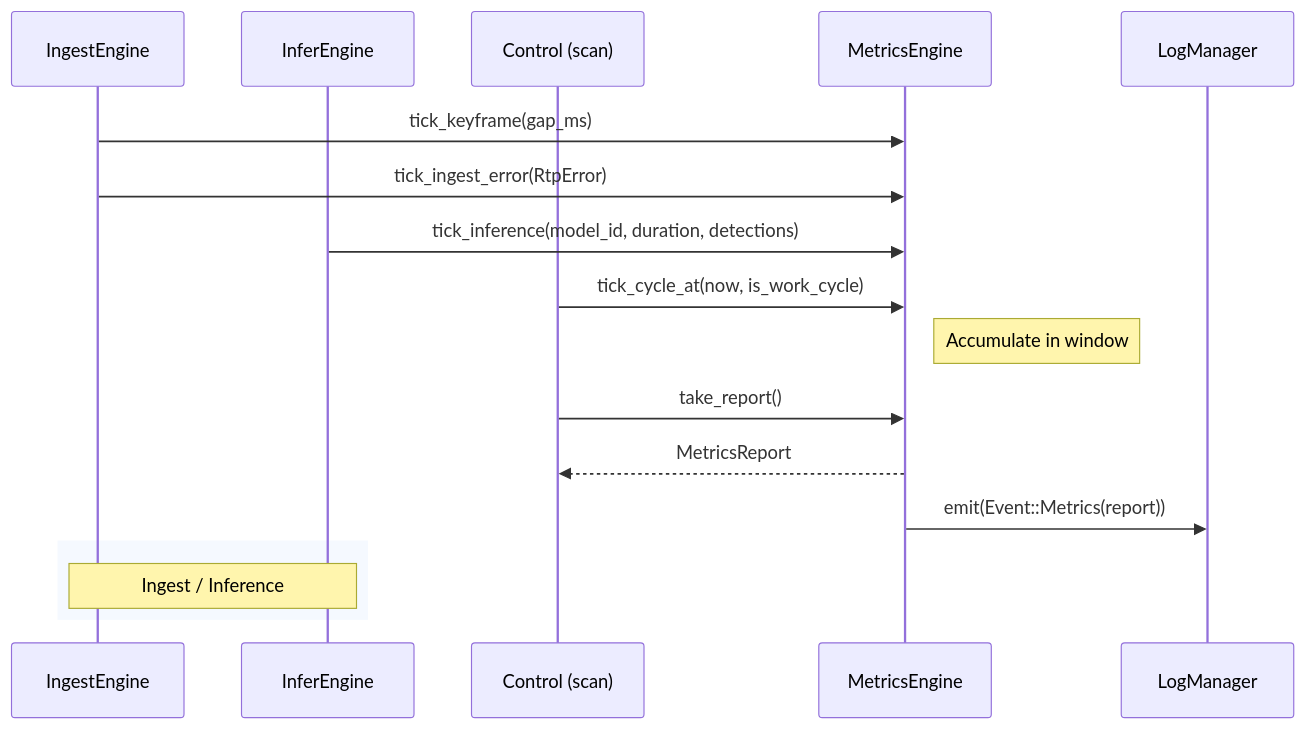
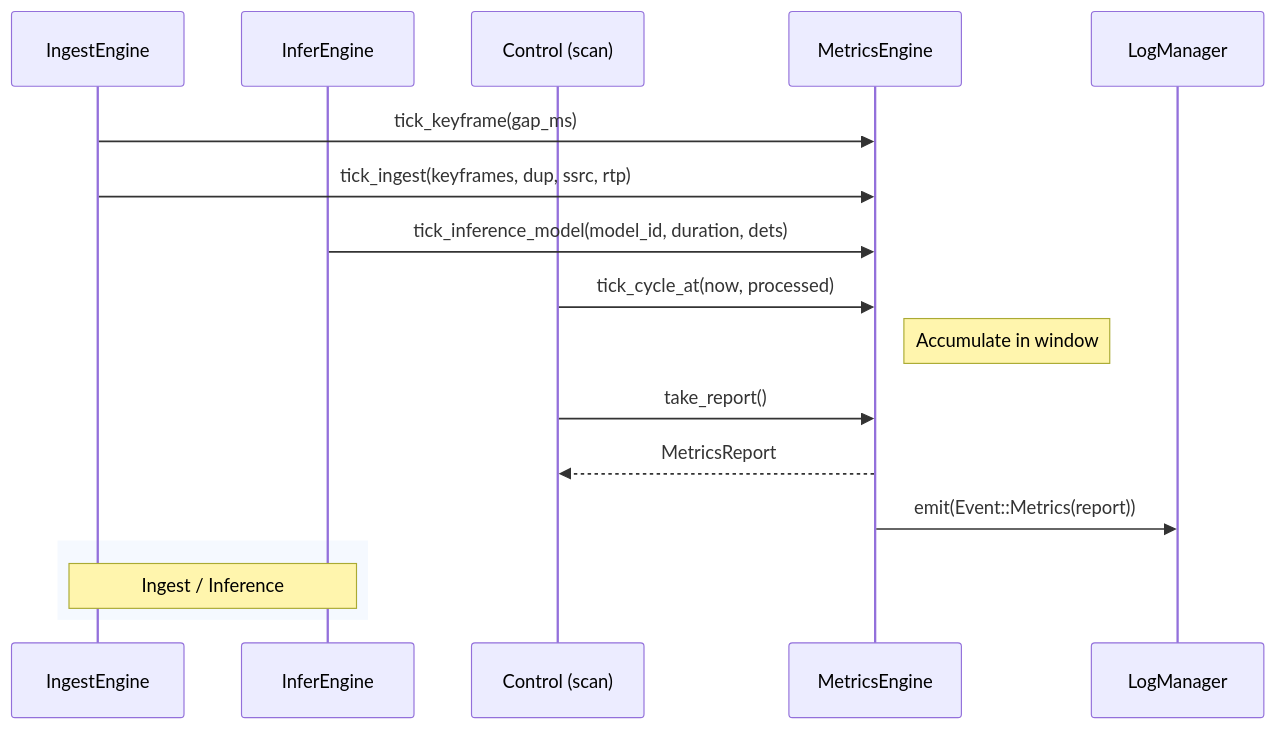
The third of 3 diagrams in docs/wiki/5.3-metrics-engine.md (e7canasta/mana-lite), drawn with Mermaid before and after one commit. The commit also changed other lines of this file and 92 other files, not shown here.

````diff
--- a/docs/wiki/5.3-metrics-engine.md
+++ b/docs/wiki/5.3-metrics-engine.md
@@ -241,32 +241,32 @@
 ```mermaid
 sequenceDiagram
     participant IE as IngestEngine
     participant INF as InferEngine
     participant CTRL as Control (scan)
     participant MET as MetricsEngine
     participant LOG as LogManager
 
     IE->>MET: tick_keyframe(gap_ms)
-    IE->>MET: tick_ingest_error(RtpError)
+    IE->>MET: tick_ingest(keyframes, dup, ssrc, rtp)
 
-    INF->>MET: tick_inference(model_id, duration, detections)
+    INF->>MET: tick_inference_model(model_id, duration, dets)
 
-    CTRL->>MET: tick_cycle_at(now, is_work_cycle)
+    CTRL->>MET: tick_cycle_at(now, processed)
 
     Note right of MET: Accumulate in window
 
     CTRL->>MET: take_report()
 
     MET-->>CTRL: MetricsReport
 
     MET->>LOG: emit(Event::Metrics(report))
 
 
     %% =========================================================
     %% Mermaid theme
     %% =========================================================
 
     rect rgb(245, 249, 255)
         Note over IE,INF: Ingest / Inference
     end
 ```
````
